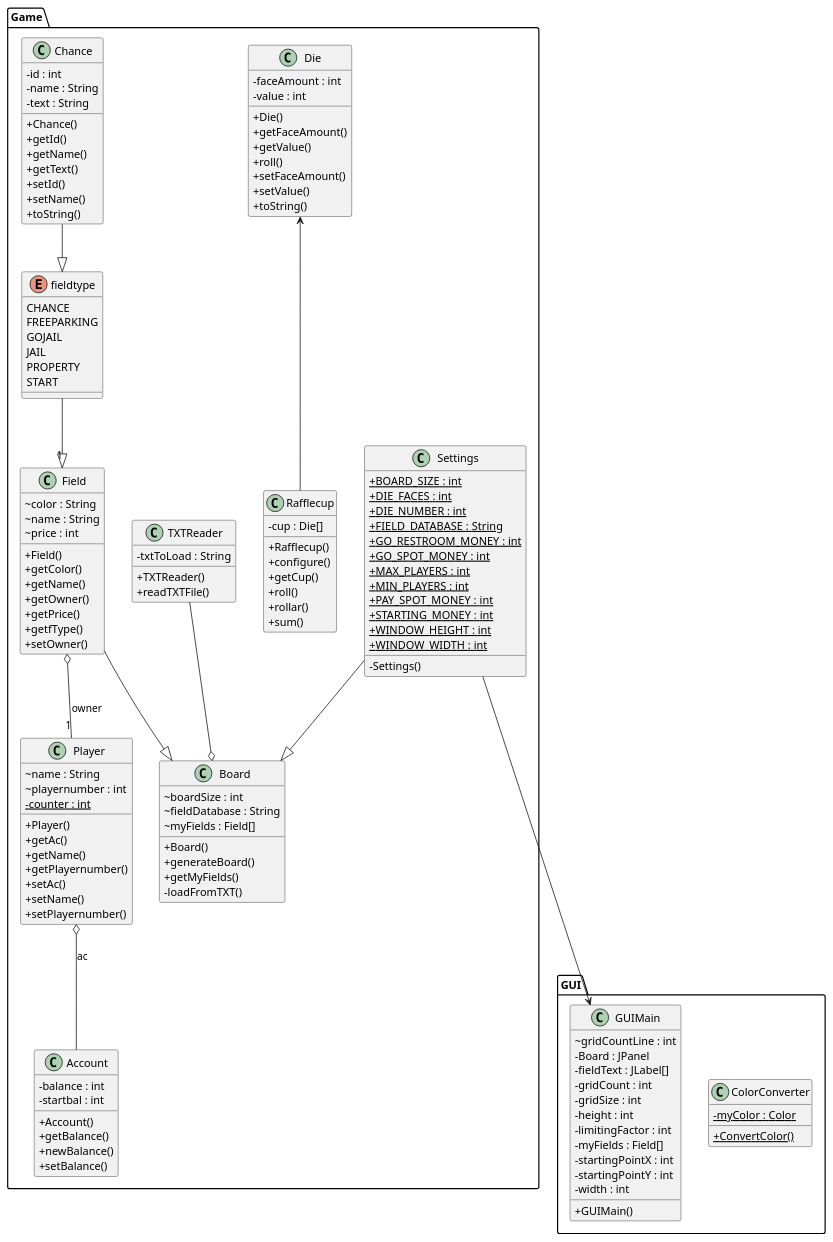
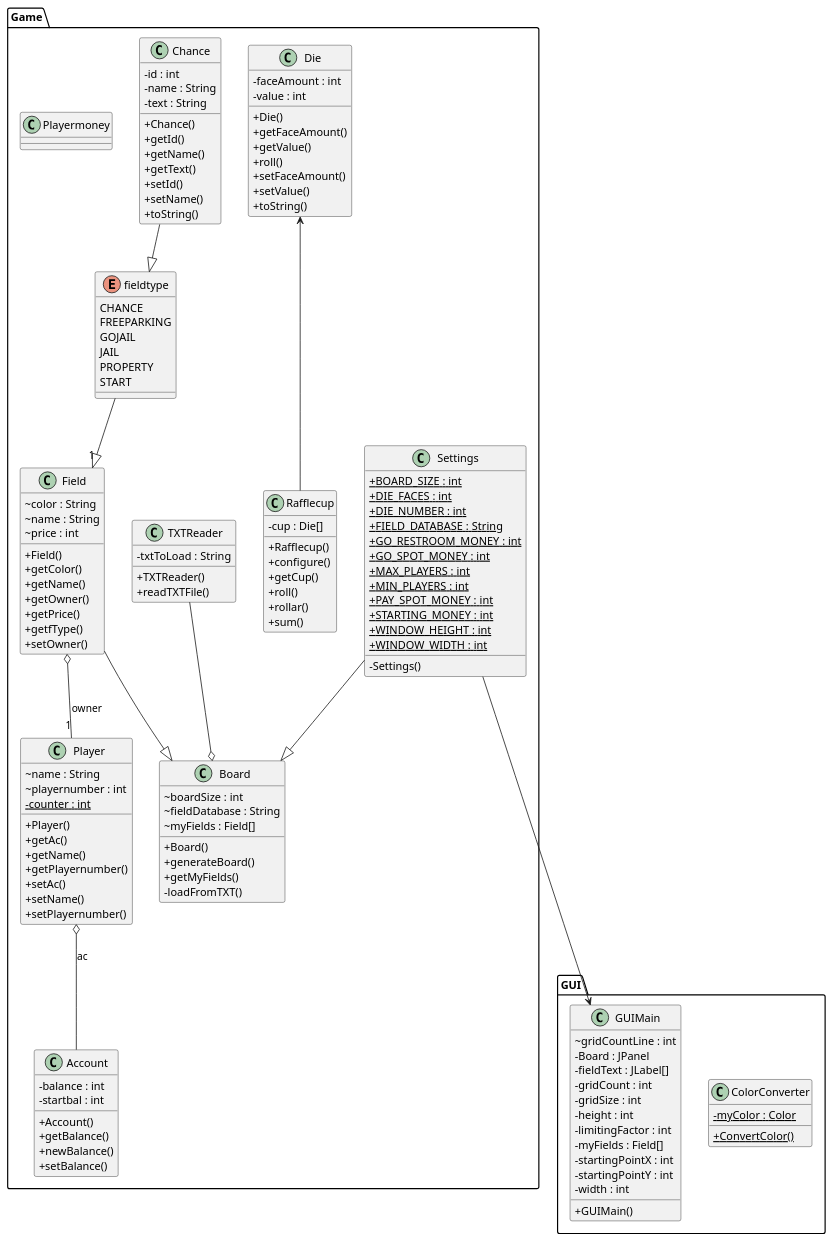
Before and after one commit to GoodGithubAccount/02_CDIO3: the diagram in src/Game/Diagrams/DesignClassDiagram.puml, drawn with PlantUML.

Commit message:
playermoney added to classdiagram

```diff
--- a/src/Game/Diagrams/DesignClassDiagram.puml
+++ b/src/Game/Diagrams/DesignClassDiagram.puml
@@ -1,170 +1,173 @@
 @startuml
 
 skinparam classAttributeIconSize 0
 
   namespace Game {
     class Game.Account {
         - balance : int
         - startbal : int
         + Account()
         + getBalance()
         + newBalance()
         + setBalance()
     }
   }
   namespace Game {
     class Game.Board {
         ~ boardSize : int
         ~ fieldDatabase : String
         ~ myFields : Field[]
         + Board()
         + generateBoard()
         + getMyFields()
         - loadFromTXT()
     }
   }
 
   namespace Game {
     class Game.Chance {
         - id : int
         - name : String
         - text : String
         + Chance()
         + getId()
         + getName()
         + getText()
         + setId()
         + setName()
         + toString()
     }
   }
 
   namespace Game {
     class Game.Die {
         - faceAmount : int
         - value : int
         + Die()
         + getFaceAmount()
         + getValue()
         + roll()
         + setFaceAmount()
         + setValue()
         + toString()
     }
   }
 
   namespace Game {
     class Game.Field {
         ~ color : String
         ~ name : String
         ~ price : int
         + Field()
         + getColor()
         + getName()
         + getOwner()
         + getPrice()
         + getfType()
         + setOwner()
     }
   }
 
   namespace Game {
     enum fieldtype {
       CHANCE
       FREEPARKING
       GOJAIL
       JAIL
       PROPERTY
       START
     }
   }
 
   namespace Game {
     class Game.Player {
         ~ name : String
         ~ playernumber : int
         {static} - counter : int
         + Player()
         + getAc()
         + getName()
         + getPlayernumber()
         + setAc()
         + setName()
         + setPlayernumber()
     }
   }
 
   namespace Game {
     class Game.Rafflecup {
         - cup : Die[]
         + Rafflecup()
         + configure()
         + getCup()
         + roll()
         + rollar()
         + sum()
     }
   }
 
   namespace Game {
     class Game.Settings {
         {static} + BOARD_SIZE : int
         {static} + DIE_FACES : int
         {static} + DIE_NUMBER : int
         {static} + FIELD_DATABASE : String
         {static} + GO_RESTROOM_MONEY : int
         {static} + GO_SPOT_MONEY : int
         {static} + MAX_PLAYERS : int
         {static} + MIN_PLAYERS : int
         {static} + PAY_SPOT_MONEY : int
         {static} + STARTING_MONEY : int
         {static} + WINDOW_HEIGHT : int
         {static} + WINDOW_WIDTH : int
         - Settings()
     }
   }
 
   namespace Game {
     class Game.TXTReader {
         - txtToLoad : String
         + TXTReader()
         + readTXTFile()
     }
   }
+namespace Game {
+class Game.Playermoney
 
+}
   namespace GUI {
       class GUI.ColorConverter {
           {static} - myColor : Color
           {static} + ConvertColor()
       }
     }
 
     namespace GUI {
       class GUI.GUIMain {
           ~ gridCountLine : int
           - Board : JPanel
           - fieldText : JLabel[]
           - gridCount : int
           - gridSize : int
           - height : int
           - limitingFactor : int
           - myFields : Field[]
           - startingPointX : int
           - startingPointY : int
           - width : int
           + GUIMain()
       }
     }
 
   Game.Field o-- "1" Game.Player : owner
 
   Game.Player o-- Game.Account : ac
     Game.Field --|> Game.Board
     Game.Settings --|> Game.Board
 Game.Die <--- Game.Rafflecup
 Game.fieldtype --|> "1" Game.Field
 Game.Settings ---> GUI.GUIMain
 Game.Chance --|> Game.fieldtype
 Game.TXTReader --o Game.Board
 
 @enduml
```
